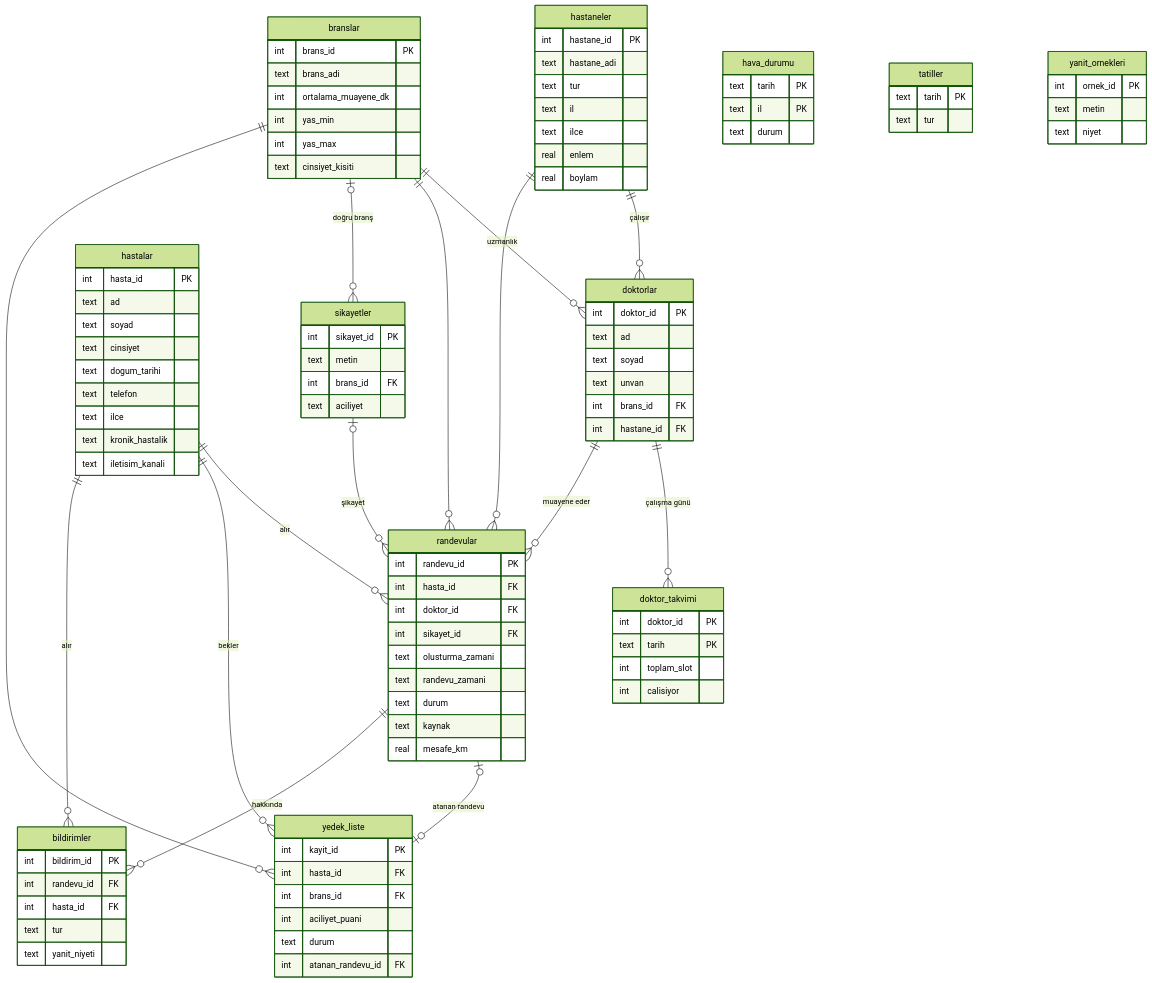
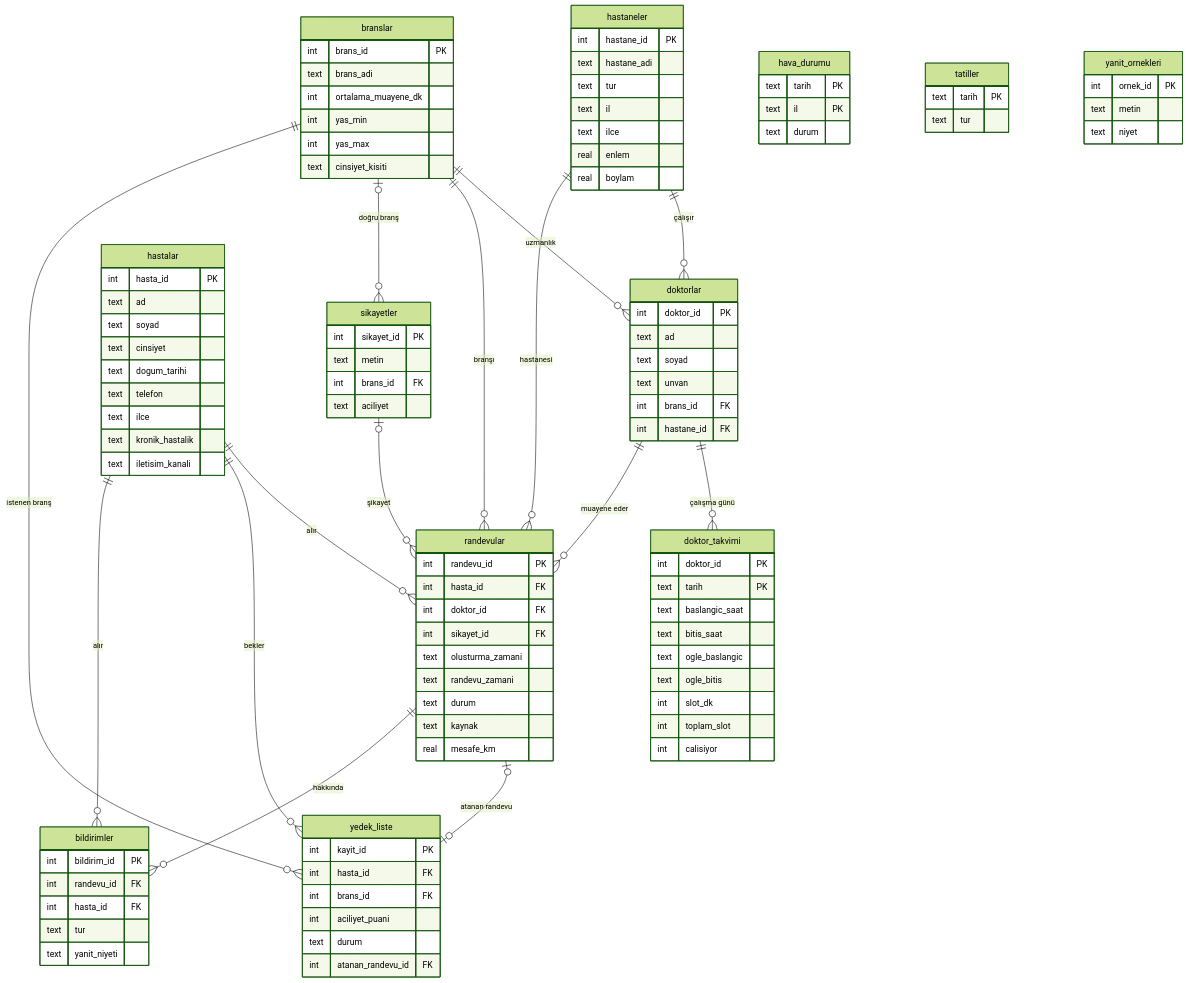
Before and after one commit to Xaena53/mhrs-veri: the diagram in schema/ER.md, drawn with Mermaid (forest theme). The commit also changed other lines of this file and 7 other files, not shown here.

```diff
--- a/schema/ER.md
+++ b/schema/ER.md
@@ -9,12 +9,12 @@
     doktorlar  ||--o{ doktor_takvimi : "çalışma günü"
     hastalar   ||--o{ randevular     : "alır"
     doktorlar  ||--o{ randevular     : "muayene eder"
-    branslar   ||--o{ randevular     : ""
-    hastaneler ||--o{ randevular     : ""
+    branslar   ||--o{ randevular     : "branşı"
+    hastaneler ||--o{ randevular     : "hastanesi"
     sikayetler |o--o{ randevular     : "şikayet"
     branslar   |o--o{ sikayetler     : "doğru branş"
     hastalar   ||--o{ yedek_liste    : "bekler"
-    branslar   ||--o{ yedek_liste    : ""
+    branslar   ||--o{ yedek_liste    : "istenen branş"
     randevular |o--o| yedek_liste    : "atanan randevu"
     randevular ||--o{ bildirimler    : "hakkında"
     hastalar   ||--o{ bildirimler    : "alır"
@@ -58,6 +58,11 @@
     doktor_takvimi {
         int doktor_id PK
         text tarih PK
+        text baslangic_saat
+        text bitis_saat
+        text ogle_baslangic
+        text ogle_bitis
+        int slot_dk
         int toplam_slot
         int calisiyor
     }
```
